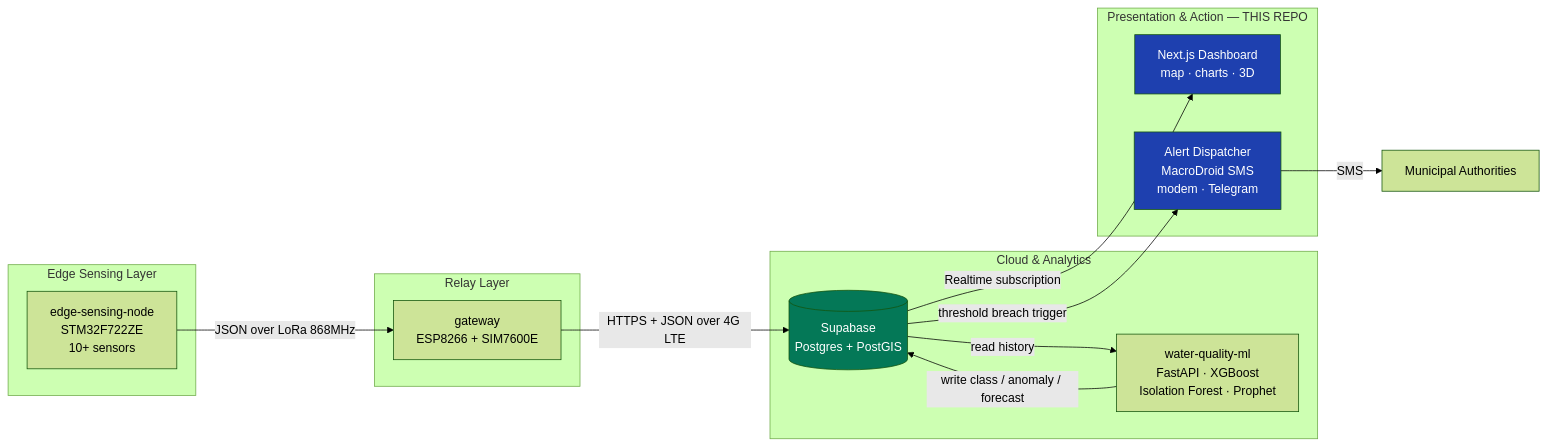
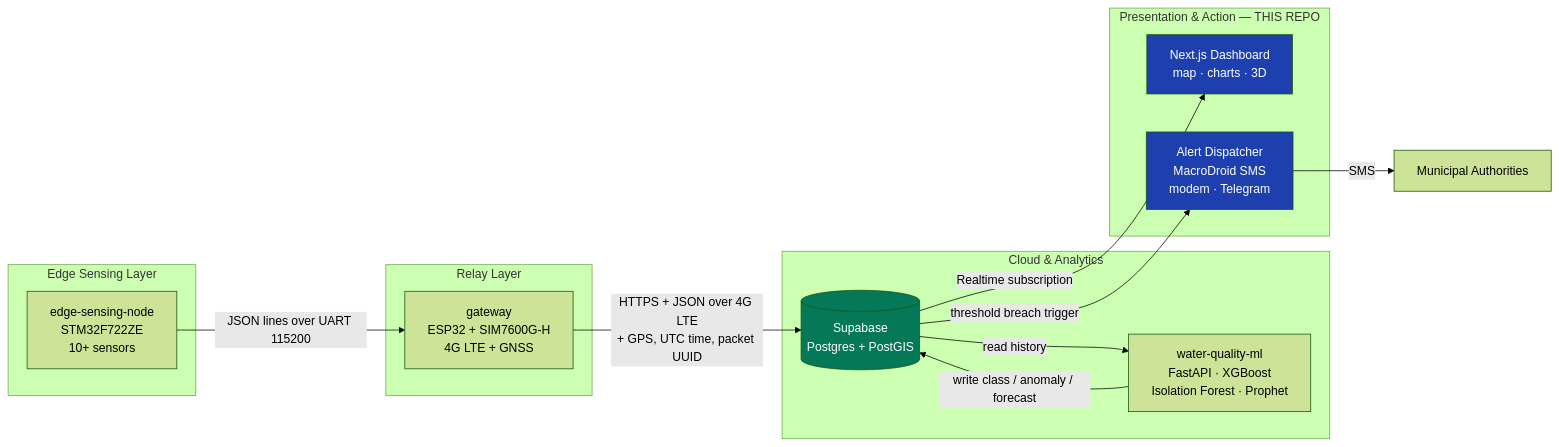
Before and after one commit to WQM-Project/wqm-web-dashboard: the first of 2 diagrams in README.md, drawn with Mermaid (forest theme). The commit also changed other lines of this file, not shown here.

````diff
--- a/README.md
+++ b/README.md
@@ -87,29 +94,29 @@
 ```mermaid
 flowchart LR
     subgraph edge["Edge Sensing Layer"]
         A["edge-sensing-node<br/>STM32F722ZE<br/>10+ sensors"]
     end
     subgraph relay["Relay Layer"]
-        B["gateway<br/>ESP8266 + SIM7600E"]
+        B["gateway<br/>ESP32 + SIM7600G-H<br/>4G LTE + GNSS"]
     end
     subgraph cloud["Cloud & Analytics"]
         C[("Supabase<br/>Postgres + PostGIS")]
         D["water-quality-ml<br/>FastAPI · XGBoost<br/>Isolation Forest · Prophet"]
     end
     subgraph present["Presentation & Action — THIS REPO"]
         E["Next.js Dashboard<br/>map · charts · 3D"]
         F["Alert Dispatcher<br/>MacroDroid SMS<br/>modem · Telegram"]
     end
 
-    A -- "JSON over LoRa 868MHz" --> B
-    B -- "HTTPS + JSON over 4G LTE" --> C
+    A -- "JSON lines over UART 115200" --> B
+    B -- "HTTPS + JSON over 4G LTE<br/>+ GPS, UTC time, packet UUID" --> C
     C -- "read history" --> D
     D -- "write class / anomaly / forecast" --> C
     C -- "Realtime subscription" --> E
     C -- "threshold breach trigger" --> F
     F -- "SMS" --> G["Municipal Authorities"]
 
     style E fill:#1e40af,color:#fff
     style F fill:#1e40af,color:#fff
     style C fill:#047857,color:#fff
 ```
````
